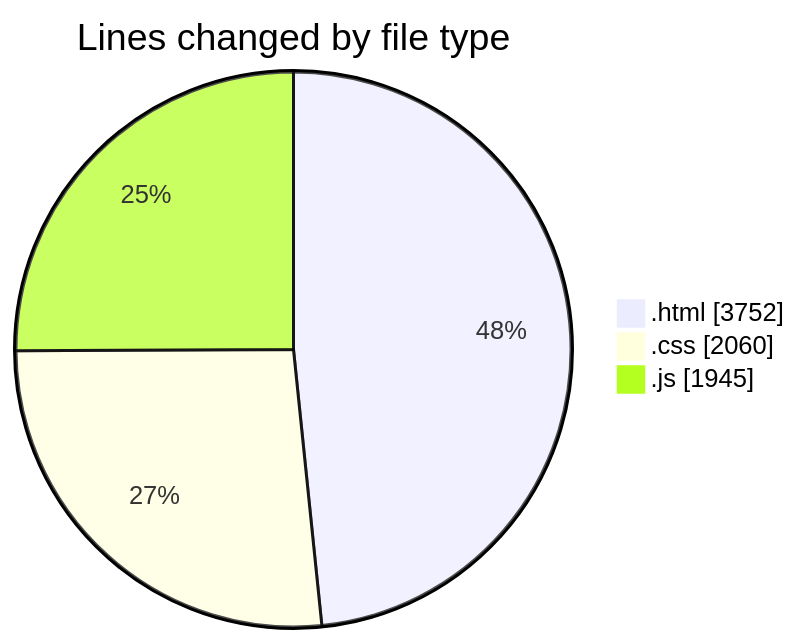
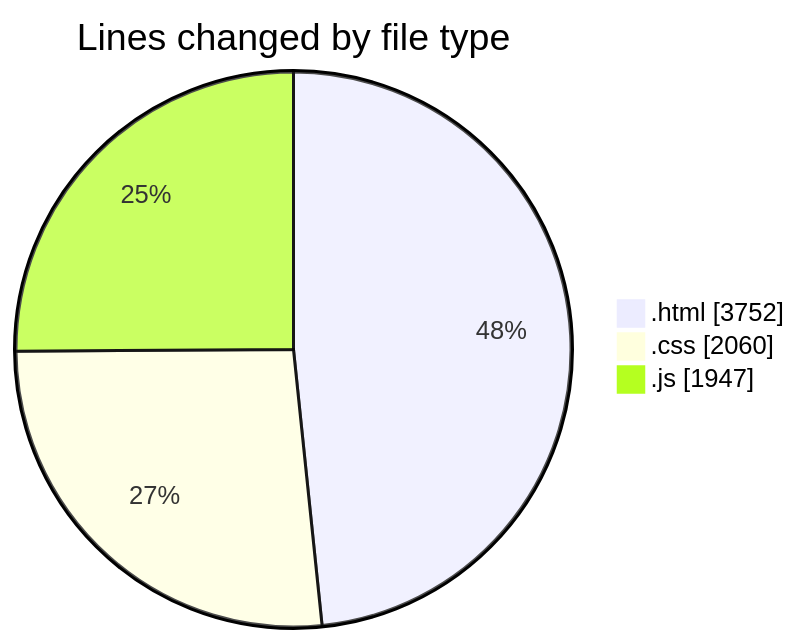
The first of 2 diagrams in 2025-05-24/projects/README.md (Ritupan-Deka/code-tracking), drawn with Mermaid before and after one commit. The commit also changed other lines of this file and 1 other file, not shown here.

````diff
--- a/2025-05-24/projects/README.md
+++ b/2025-05-24/projects/README.md
@@ -25,7 +25,7 @@
 ```mermaid
 pie showData
 title Lines changed by file type
 ".html" : 3752
 ".css" : 2060
-".js" : 1945
+".js" : 1947
 ```
````
